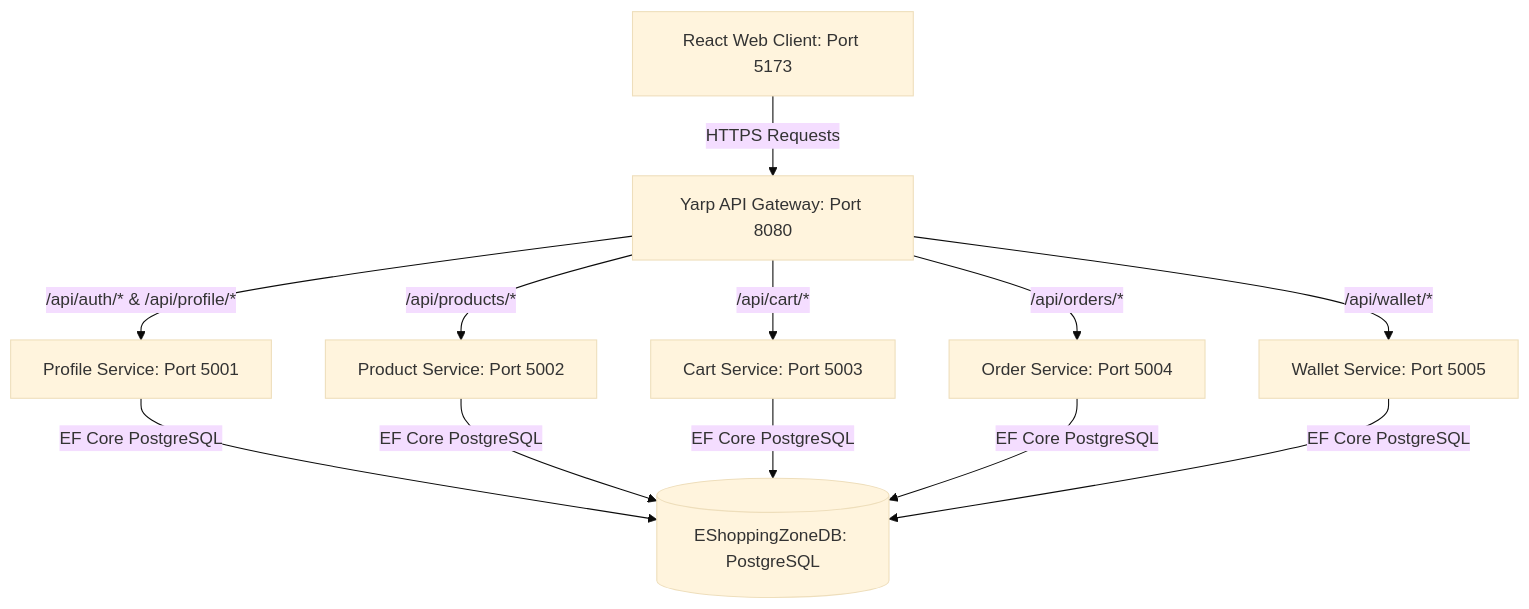
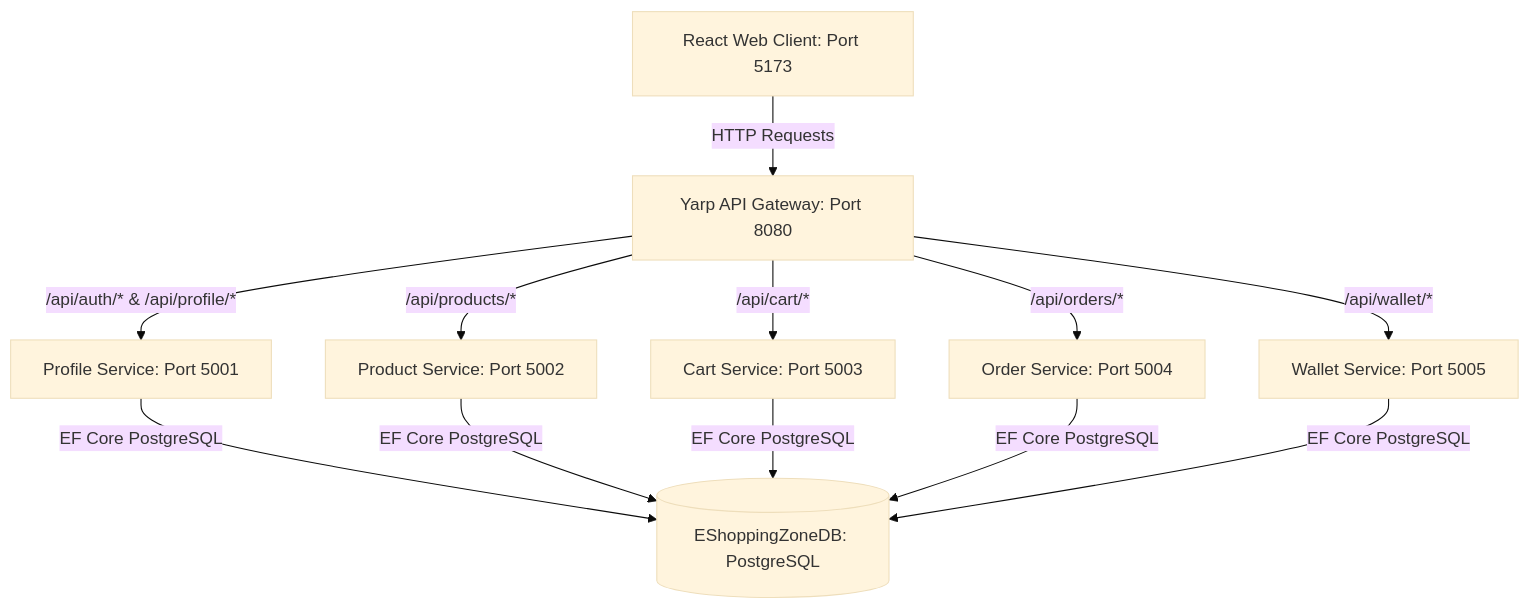
The first of 6 diagrams in README.md (sankalp7060/Basic-Games), drawn with Mermaid (base theme) before and after one commit. The commit also changed other lines of this file, not shown here.

````diff
--- a/README.md
+++ b/README.md
@@ -10,16 +10,16 @@
 ```mermaid
 graph TD
-    Client[React Web Client: Port 5173] -->|HTTPS Requests| Gateway[Yarp API Gateway: Port 8080]
+    Client[React Web Client: Port 5173] -->|HTTP Requests| Gateway[Yarp API Gateway: Port 8080]
     
     Gateway -->|/api/auth/* & /api/profile/*| Profile[Profile Service: Port 5001]
     Gateway -->|/api/products/*| Product[Product Service: Port 5002]
     Gateway -->|/api/cart/*| Cart[Cart Service: Port 5003]
     Gateway -->|/api/orders/*| Order[Order Service: Port 5004]
     Gateway -->|/api/wallet/*| Wallet[Wallet Service: Port 5005]
     
     Profile -->|EF Core PostgreSQL| DB1[(EShoppingZoneDB: PostgreSQL)]
     Product -->|EF Core PostgreSQL| DB1
     Cart -->|EF Core PostgreSQL| DB1
     Order -->|EF Core PostgreSQL| DB1
     Wallet -->|EF Core PostgreSQL| DB1
 ```
````
